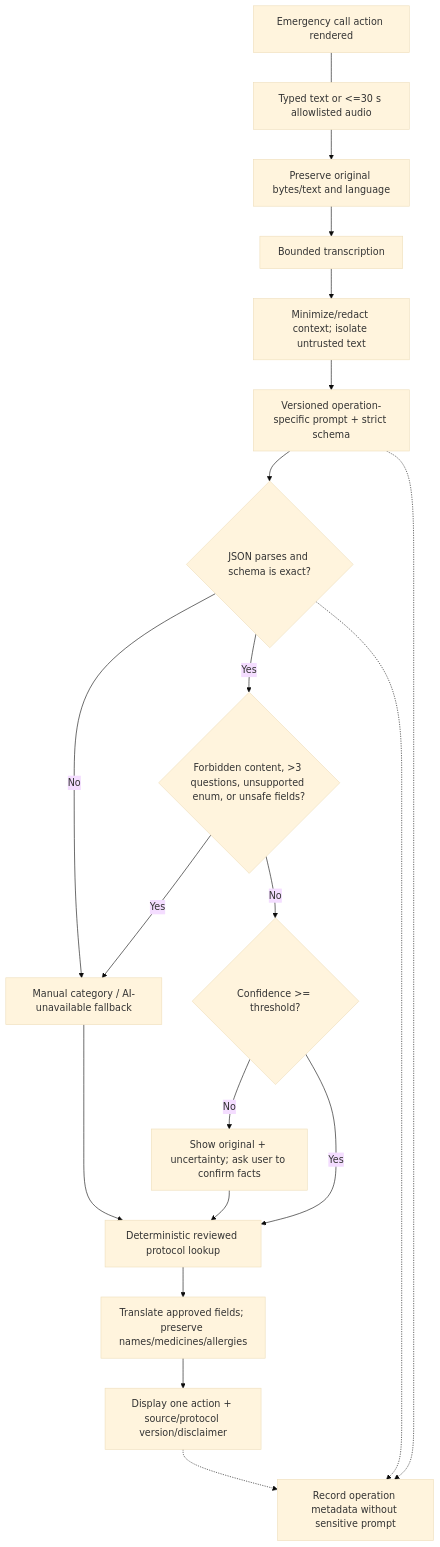
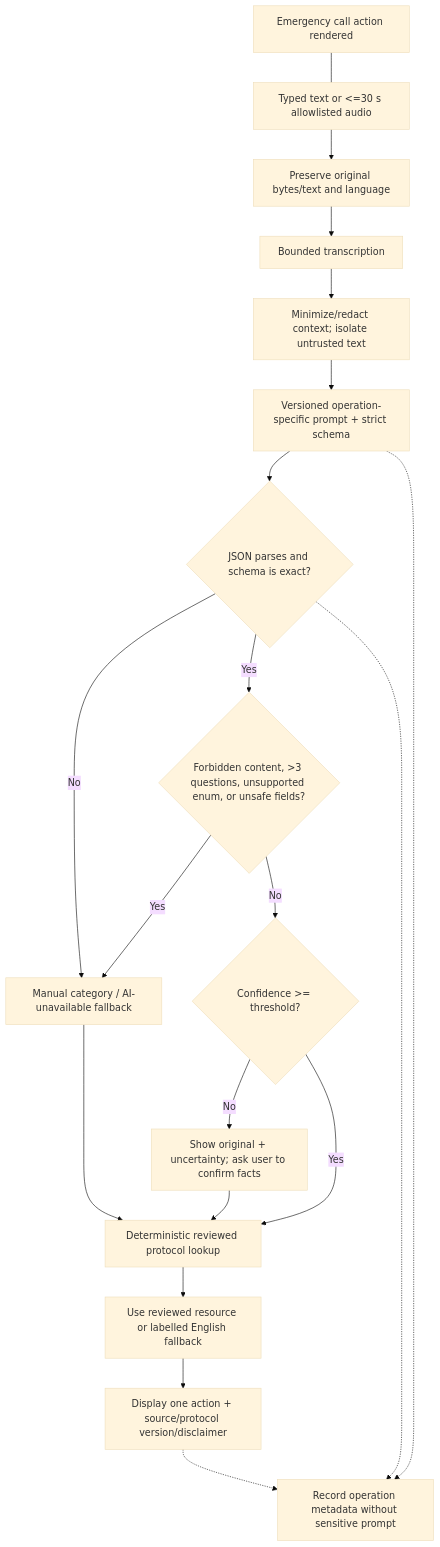
One commit to smahala093/Golden-Hour-AI changed the diagram in docs/AI_SAFETY.md. Above: the diagram before and after it, drawn with Mermaid (base theme). The commit also changed other lines of this file and 84 other files, not shown here.

````diff
--- a/docs/AI_SAFETY.md
+++ b/docs/AI_SAFETY.md
@@ -23,32 +23,32 @@
 ```mermaid
 flowchart TD
     Call["Emergency call action rendered"]
     Input["Typed text or <=30 s allowlisted audio"]
     Preserve["Preserve original bytes/text and language"]
     Transcribe["Bounded transcription"]
     Minimize["Minimize/redact context; isolate untrusted text"]
     Model["Versioned operation-specific prompt + strict schema"]
     Parse{"JSON parses and schema is exact?"}
     Reject{"Forbidden content, >3 questions, unsupported enum, or unsafe fields?"}
     Confidence{"Confidence >= threshold?"}
     Confirm["Show original + uncertainty; ask user to confirm facts"]
     Manual["Manual category / AI-unavailable fallback"]
     Select["Deterministic reviewed protocol lookup"]
-    Translate["Translate approved fields; preserve names/medicines/allergies"]
+    Localize["Use reviewed resource or labelled English fallback"]
     Output["Display one action + source/protocol version/disclaimer"]
     Audit["Record operation metadata without sensitive prompt"]
 
     Call --- Input
     Input --> Preserve --> Transcribe --> Minimize --> Model --> Parse
     Parse -- No --> Manual
     Parse -- Yes --> Reject
     Reject -- Yes --> Manual
     Reject -- No --> Confidence
     Confidence -- No --> Confirm --> Select
     Confidence -- Yes --> Select
     Manual --> Select
-    Select --> Translate --> Output
+    Select --> Localize --> Output
     Model -.-> Audit
     Parse -.-> Audit
     Output -.-> Audit
 ```
````
